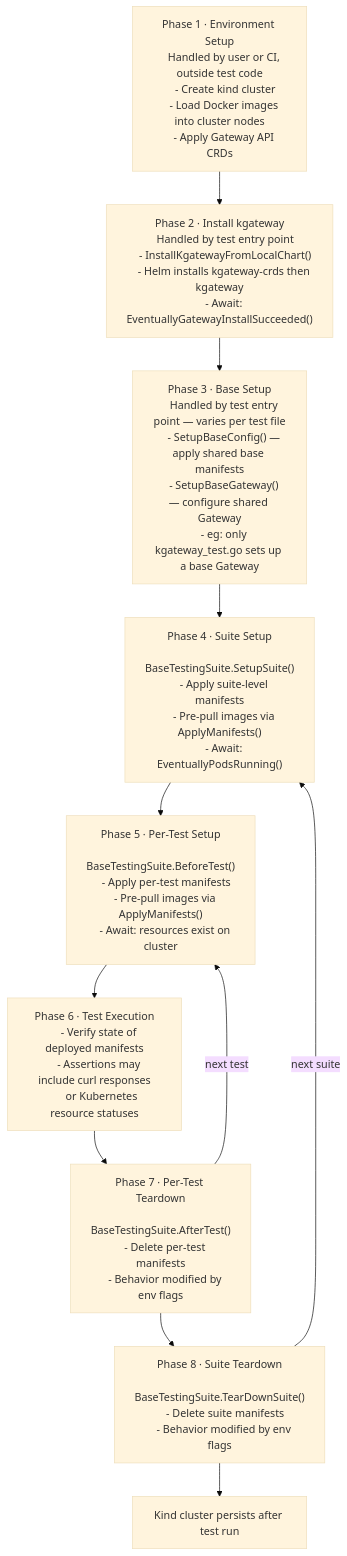
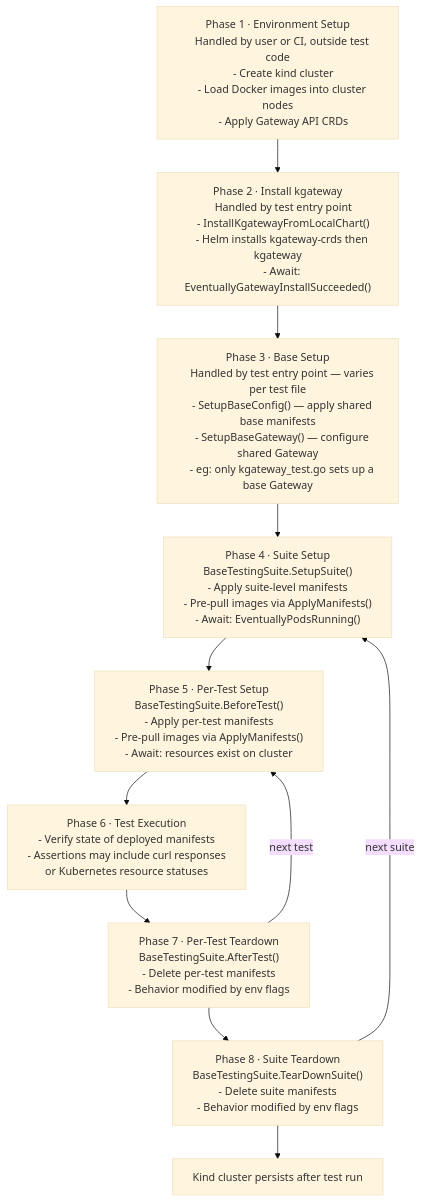
One commit to sheidkamp/kgateway changed the diagram in devel/testing/e2e-framework.md. Above: the diagram before and after it, drawn with Mermaid (base theme). The commit also changed other lines of this file, not shown here.

Commit message:
fixing of clipped text of flow diagram in chrome browser

````diff
--- a/devel/testing/e2e-framework.md
+++ b/devel/testing/e2e-framework.md
@@ -15,55 +15,56 @@
 ```mermaid
+%%{init: {'flowchart': {'wrappingWidth': 300}}}%%
 flowchart TD
     A["Phase 1 · Environment Setup
     Handled by user or CI, outside test code
     - Create kind cluster
     - Load Docker images into cluster nodes
     - Apply Gateway API CRDs"]
 
     B["Phase 2 · Install kgateway
     Handled by test entry point
     - InstallKgatewayFromLocalChart()
     - Helm installs kgateway-crds then kgateway
     - Await: EventuallyGatewayInstallSucceeded()"]
 
     C["Phase 3 · Base Setup
     Handled by test entry point — varies per test file
     - SetupBaseConfig() — apply shared base manifests
     - SetupBaseGateway() — configure shared Gateway
     - eg: only kgateway_test.go sets up a base Gateway"]
 
     D["Phase 4 · Suite Setup
     BaseTestingSuite.SetupSuite()
     - Apply suite-level manifests
     - Pre-pull images via ApplyManifests()
     - Await: EventuallyPodsRunning()"]
 
     E["Phase 5 · Per-Test Setup
     BaseTestingSuite.BeforeTest()
     - Apply per-test manifests
     - Pre-pull images via ApplyManifests()
     - Await: resources exist on cluster"]
 
     F["Phase 6 · Test Execution
     - Verify state of deployed manifests
     - Assertions may include curl responses
       or Kubernetes resource statuses"]
 
     G["Phase 7 · Per-Test Teardown
     BaseTestingSuite.AfterTest()
     - Delete per-test manifests
     - Behavior modified by env flags"]
 
     H["Phase 8 · Suite Teardown
     BaseTestingSuite.TearDownSuite()
     - Delete suite manifests
     - Behavior modified by env flags"]
 
     Z["Kind cluster persists after test run"]
 
     A --> B --> C --> D --> E --> F --> G
     G -->|next test| E
     G --> H
     H -->|next suite| D
     H --> Z
 ```
````
